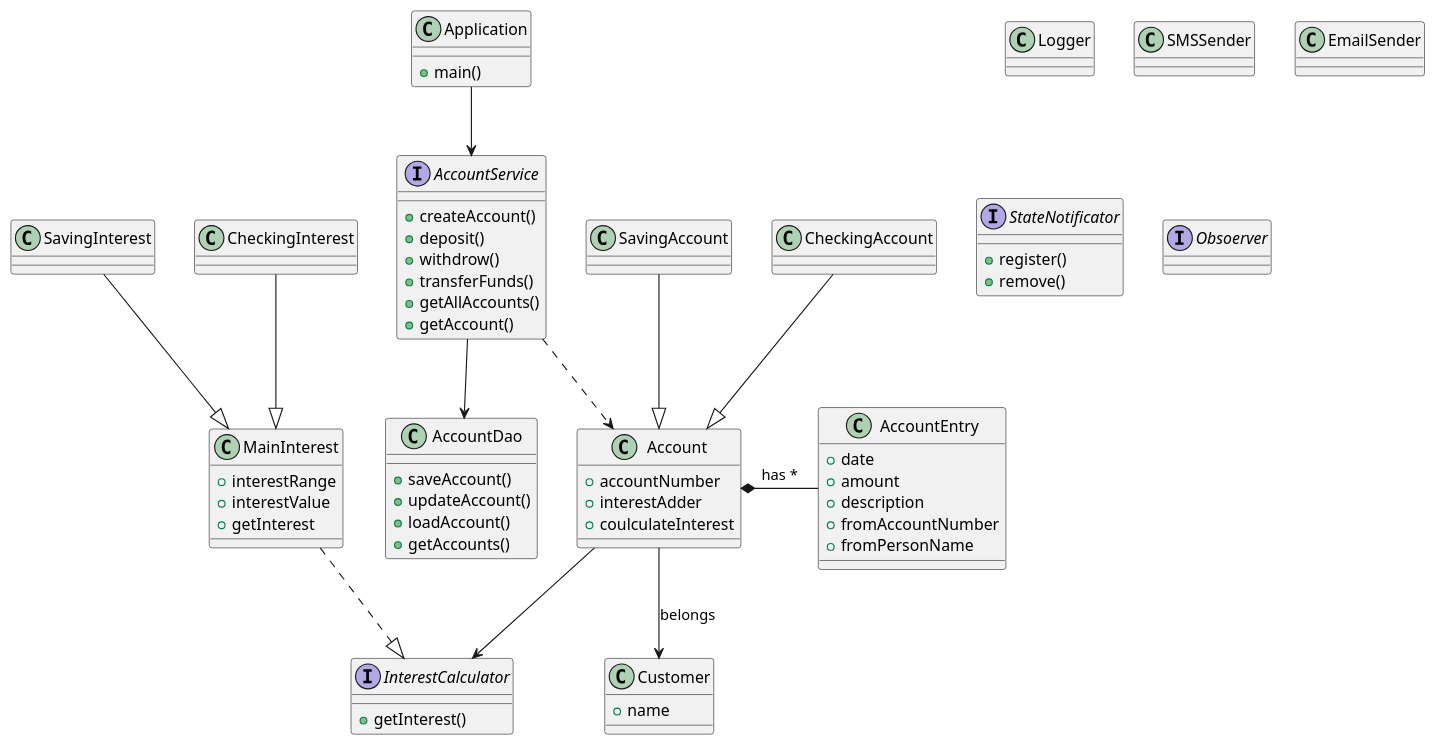
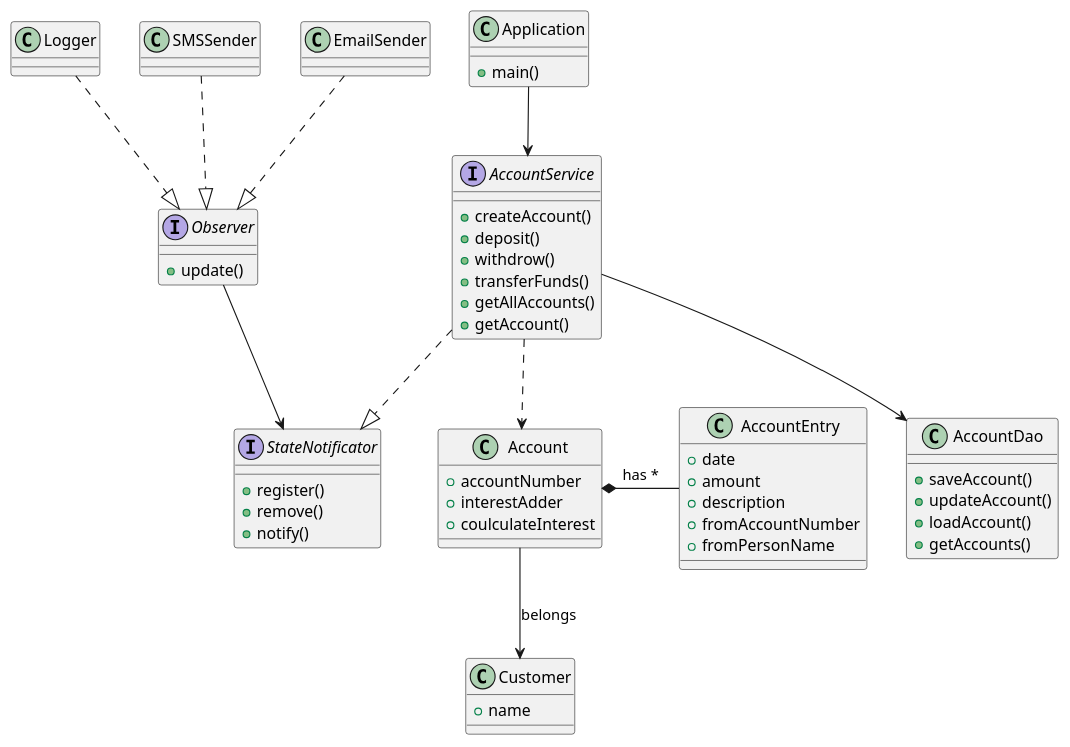
One commit to kgapparov/ASD changed the diagram in src/main/java/edu/mum/cs/cs525/labs/lab2/ClassUML.puml. Above: the diagram before and after it, drawn with PlantUML. The commit also changed 16 other files, not shown here.

```diff
--- a/src/main/java/edu/mum/cs/cs525/labs/lab2/ClassUML.puml
+++ b/src/main/java/edu/mum/cs/cs525/labs/lab2/ClassUML.puml
@@ -1,73 +1,60 @@
 @startuml
 class Application{
     +main()
 }
 interface AccountService{
     +createAccount()
     +deposit()
     +withdrow()
     +transferFunds()
     +getAllAccounts()
     +getAccount()
 }
 class AccountDao{
     +saveAccount()
     +updateAccount()
     +loadAccount()
     +getAccounts()
 }
 class Account{
     +accountNumber
     +interestAdder
     +coulculateInterest
 }
-
-class SavingAccount
-class CheckingAccount
 class Customer {
     +name
 }
 
 class AccountEntry {
     +date
     +amount
     +description
     +fromAccountNumber
     +fromPersonName
 }
-'Adding interest interface
-interface InterestCalculator {
-    +getInterest()
-}
 
-class MainInterest{
-    +interestRange
-    +interestValue
-    +getInterest
-}
-class SavingInterest {
-}
-class CheckingInterest {
-}
-class Logger{}
-class SMSSender{}
-class EmailSender{}
-interface StateNotificator {
-    +register()
-    +remove()
-
-}
-interface Obsoerver{}
 Application --> AccountService
 AccountService --> AccountDao
 AccountService ..> Account
 Account --> Customer : belongs
 Account *- AccountEntry: has *
-SavingAccount --|> Account
-CheckingAccount --|> Account
-MainInterest ..|> InterestCalculator
-CheckingInterest --|> MainInterest
-SavingInterest --|> MainInterest
-Account --> InterestCalculator
 
+
+class Logger{}
+class SMSSender{}
+class EmailSender{}
+
+interface StateNotificator {
+    +register()
+    +remove()
+    +notify()
+}
+interface Observer{
+   +update()
+}
+Logger ..|> Observer
+EmailSender ..|> Observer
+SMSSender ..|> Observer
+AccountService ..|> StateNotificator
+Observer --> StateNotificator
 @enduml
```
